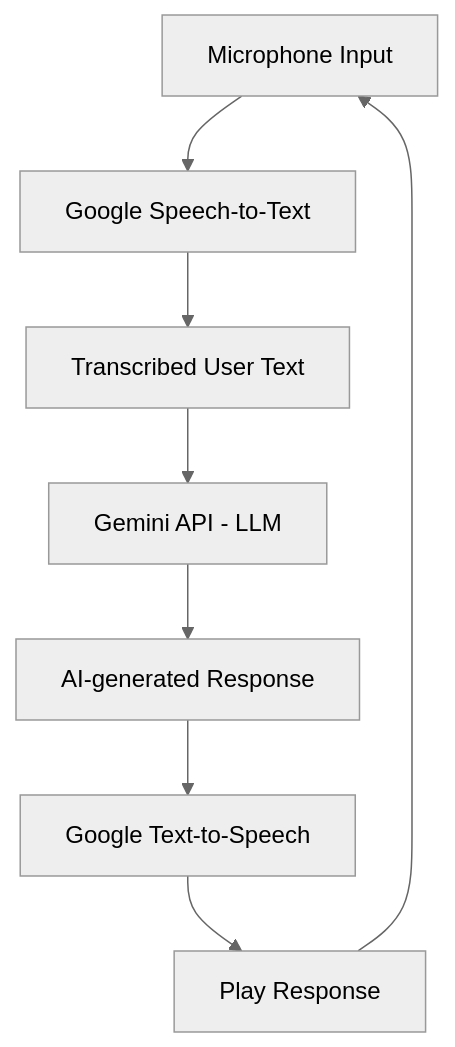
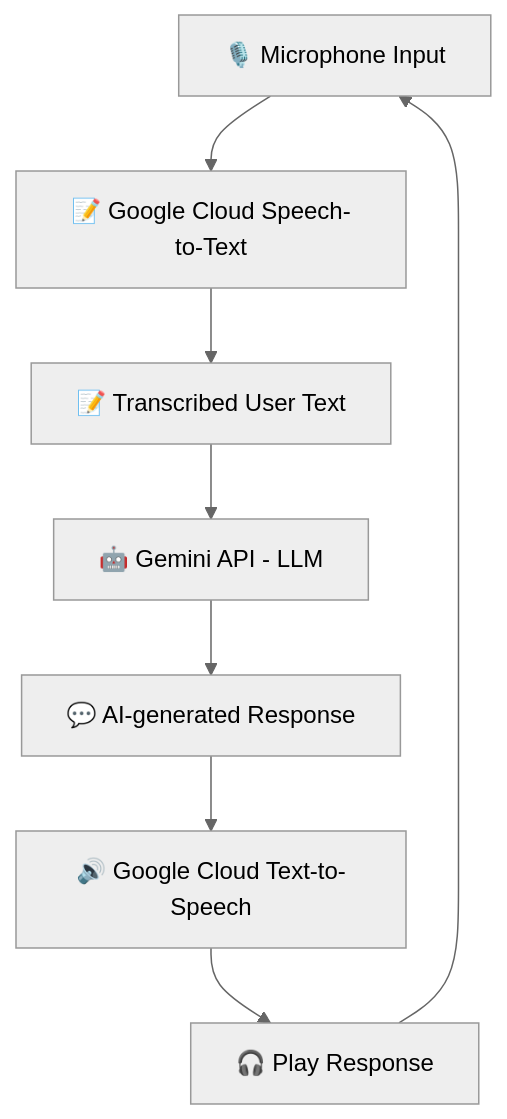
The diagram in README.md (piyush-poddar/Smart-Scheduler-AI-Agent), drawn with Mermaid (neutral theme) before and after one commit.

````diff
--- a/README.md
+++ b/README.md
@@ -28,10 +28,10 @@
 ```mermaid
 graph TD
-    A[Microphone Input] --> B[Google Speech-to-Text]
-    B --> C[Transcribed User Text]
-    C --> D[Gemini API - LLM]
-    D --> E[AI-generated Response]
-    E --> F[Google Text-to-Speech]
-    F --> G[Play Response]
+    A[🎙️ Microphone Input] --> B[📝 Google Cloud Speech-to-Text]
+    B --> C[📝 Transcribed User Text]
+    C --> D[🤖 Gemini API - LLM]
+    D --> E[💬 AI-generated Response]
+    E --> F[🔊 Google Cloud Text-to-Speech]
+    F --> G[🎧 Play Response]
     G --> A
 ```
````
